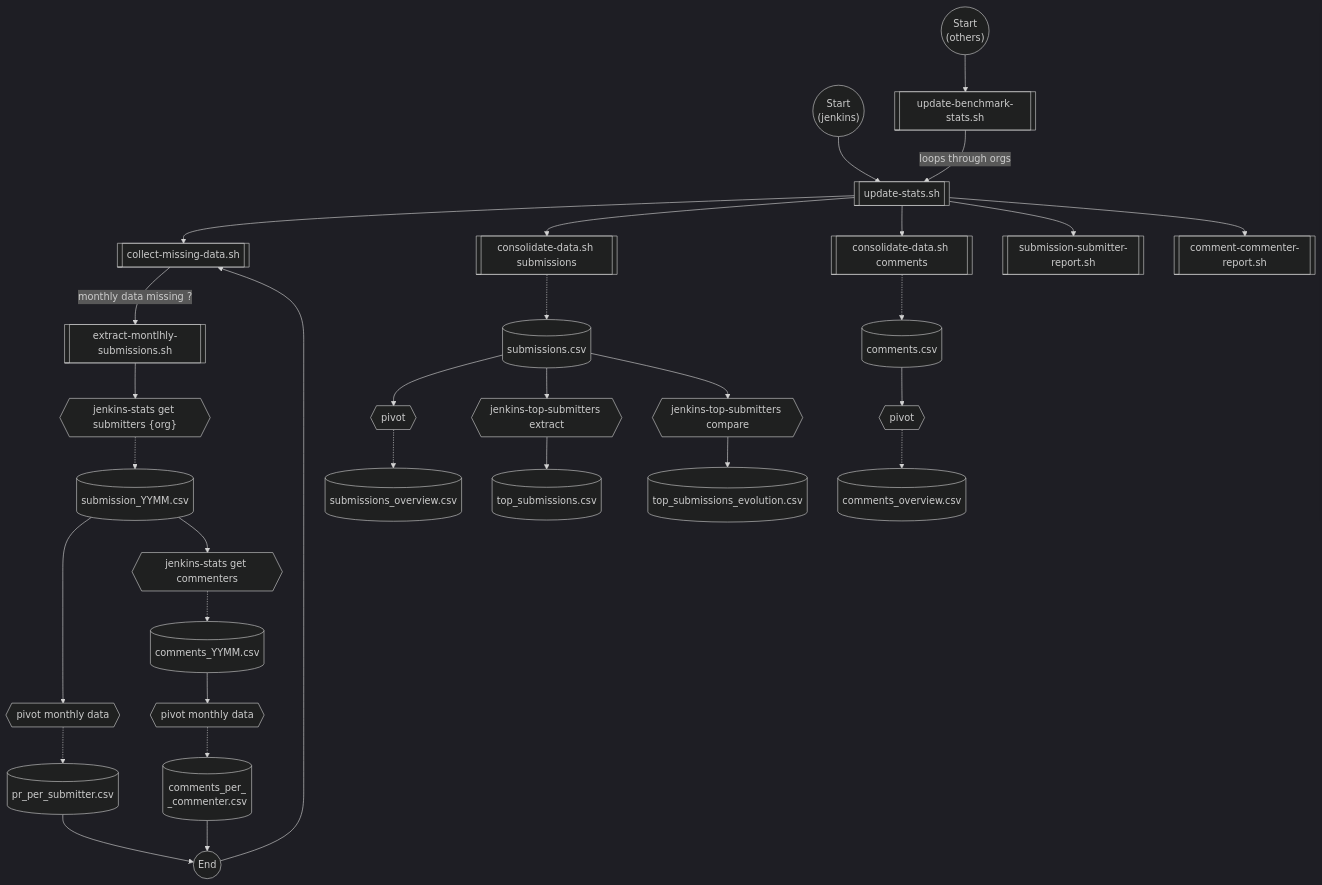
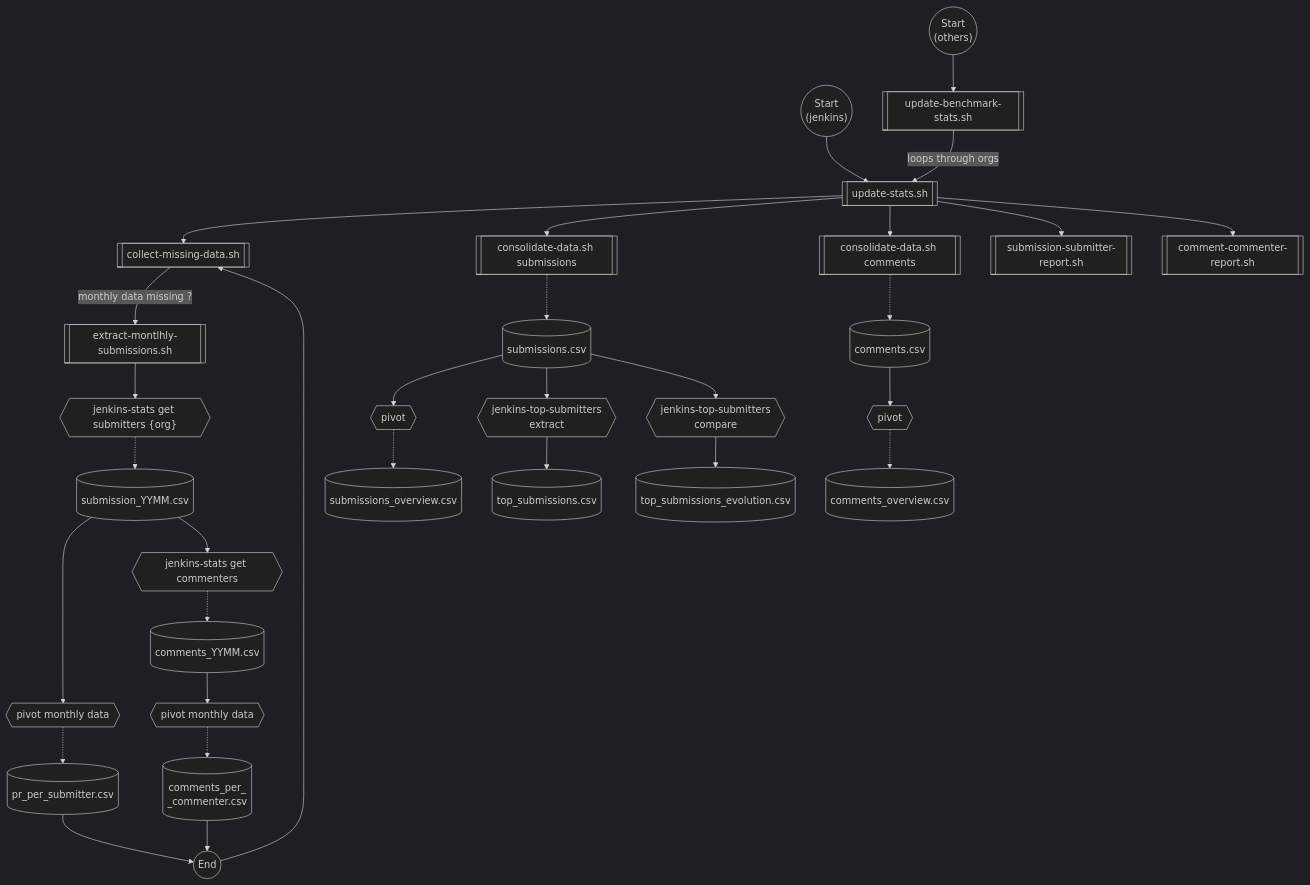
The diagram in README.md (jenkins-infra/jenkins-contribution-stats), drawn with Mermaid (dark theme) before and after one commit.

Commit message:
test graphic generation

````diff
--- a/README.md
+++ b/README.md
@@ -61,62 +61,62 @@
 ```mermaid
 flowchart TD
 	start1(("`Start
 	(others)
 	 `"))
 
     start2(("`Start
     (jenkins)
      `"))
 
     extract_end((End))
 
     %% Processes
 
 	A[[update-benchmark-stats.sh]]
 	B[[update-stats.sh]]
     C[[collect-missing-data.sh]]
     D[[consolidate-data.sh submissions]]
     E[[consolidate-data.sh comments]]
     F[[submission-submitter-report.sh]]
     G[[comment-commenter-report.sh]]
     extracData[[extract-montlhly-submissions.sh]]
     get_submitters{{"jenkins-stats get submitters {org}"}}
     get_commenters{{"jenkins-stats get commenters"}}
-    top_extract{{jenkins-top-submitters extract}}
-    top_compare{{jenkins-top-submitters compare}}
+    top_extract{{jenkins-top-submitters </br> extract}}
+    top_compare{{jenkins-top-submitters </br>compare}}
 
     %% data files
     submission_month[(submission_YYMM.csv)]
     monththlyPivot_submit[(pr_per_submitter.csv)]
     comments_month[(comments_YYMM.csv)]
     monththlyPivot_comment[("`comments_per_
     _commenter.csv`")]
     global_submissions[(submissions.csv)]
     global_submissionsOverview[(submissions_overview.csv)]
     top_submission[(top_submissions.csv)]
     top_submission_evol[(top_submissions_evolution.csv)]
 
     global_comments[(comments.csv)]
     global_commentsOverview[(comments_overview.csv)]
 
     %% pivot processes
     monthlypivot_subm{{pivot monthly data}}
     monthlypivot_comment{{pivot monthly data}}
     subm_overview_pivot{{pivot}}
     comment_overview_pivot{{pivot}}
 
     
 
 	start1 --> A -- loops through orgs --> B
 	start2 --> B
     B --> C -- monthly data missing ? --> extracData  --> get_submitters
     get_submitters -.-> submission_month --> monthlypivot_subm -.-> monththlyPivot_submit --> extract_end --> C
     submission_month --> get_commenters -.-> comments_month --> monthlypivot_comment -.-> monththlyPivot_comment --> extract_end
     B --> D -.-> global_submissions
     global_submissions --> subm_overview_pivot -.-> global_submissionsOverview
     global_submissions --> top_extract --> top_submission
     global_submissions --> top_compare --> top_submission_evol
     B --> E -.-> global_comments --> comment_overview_pivot -.-> global_commentsOverview
     B --> F 
     B --> G
 ```
````
